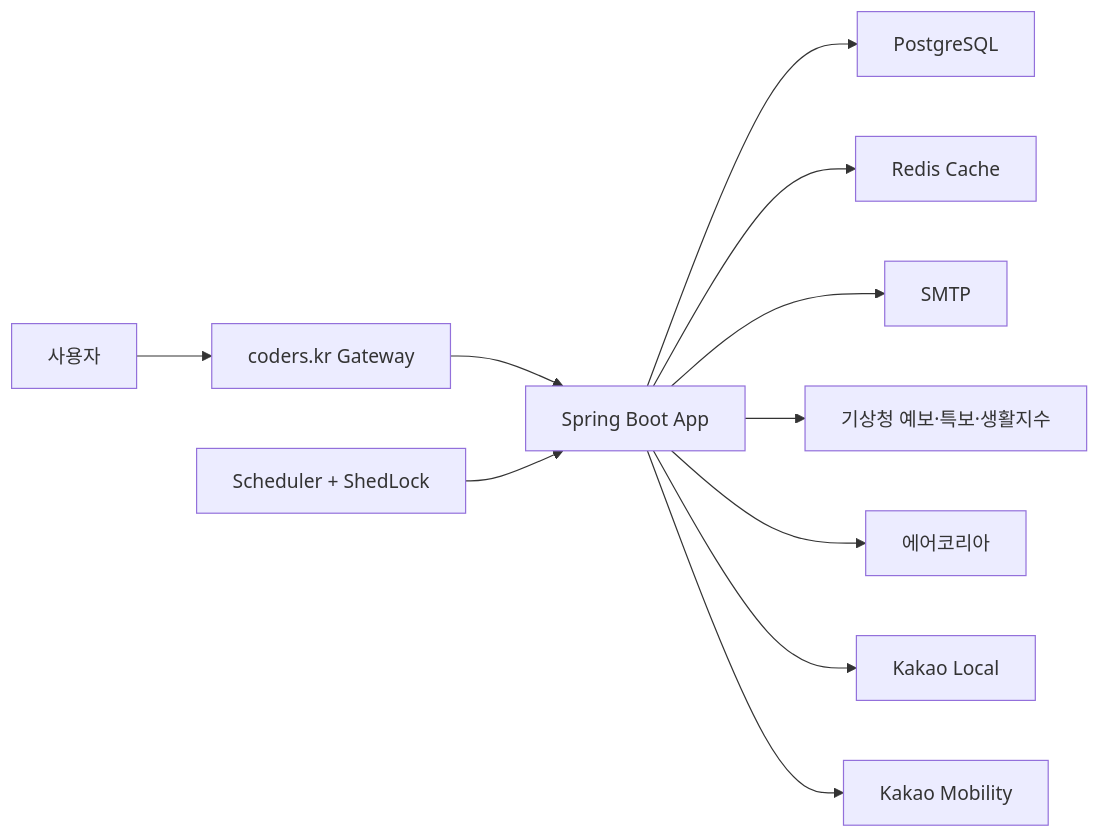
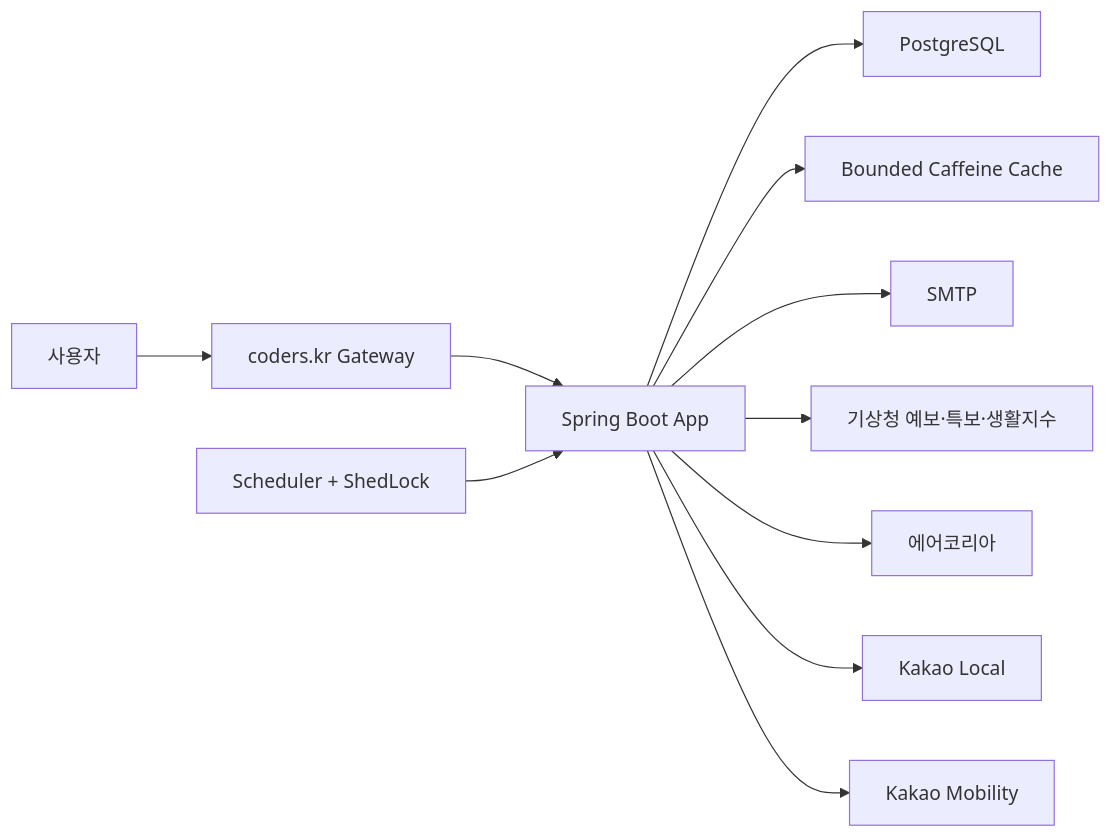
Before and after one commit to boclair98/Weather: the second of 2 diagrams in README.md, drawn with Mermaid. The commit also changed other lines of this file and 5 other files, not shown here.

````diff
--- a/README.md
+++ b/README.md
@@ -172,16 +172,16 @@
 ```mermaid
 flowchart LR
     U["사용자"] --> G["coders.kr Gateway"]
     G --> A["Spring Boot App"]
 
     A --> DB["PostgreSQL"]
-    A --> RC["Redis Cache"]
+    A --> RC["Bounded Caffeine Cache"]
     A --> SMTP["SMTP"]
 
     A --> KMA["기상청 예보·특보·생활지수"]
     A --> AIR["에어코리아"]
     A --> KL["Kakao Local"]
     A --> KM["Kakao Mobility"]
 
     SCH["Scheduler + ShedLock"] --> A
 ```
````
